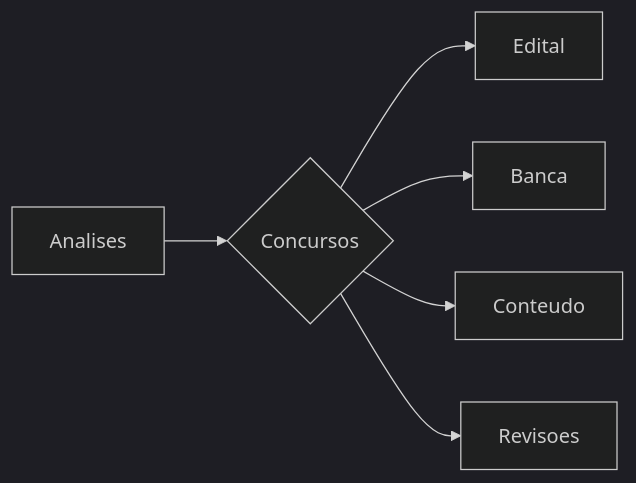
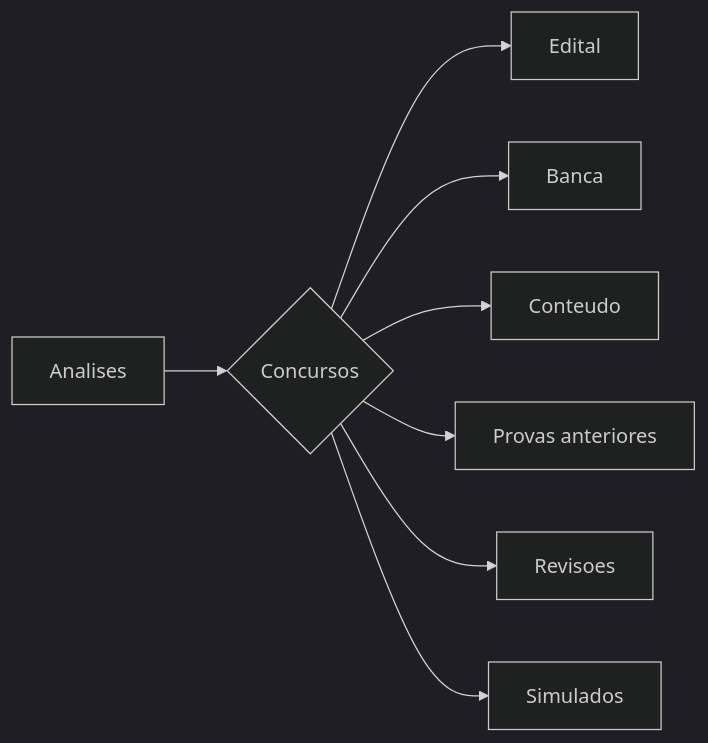
One commit to SauloCandeira/concursos changed the diagram in readme.md. Above: the diagram before and after it, drawn with Mermaid (dark theme). The commit also changed other lines of this file, not shown here.

````diff
--- a/readme.md
+++ b/readme.md
@@ -17,12 +24,14 @@
 ```mermaid
 flowchart LR
 
 B[Analises]
 
 B --> C{Concursos}
 C --> J[Edital]
 C --> K[Banca]
 C --> L[Conteudo]
+C --> O[Provas anteriores]
 C --> M[Revisoes]
+C --> N[Simulados]
 
 ```
````
